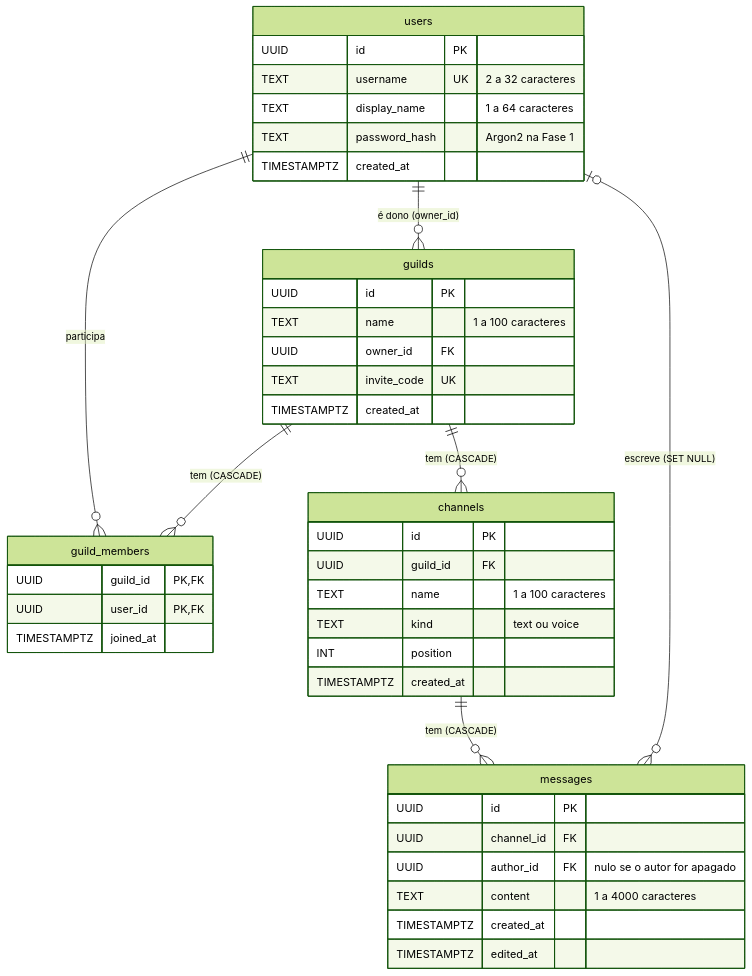
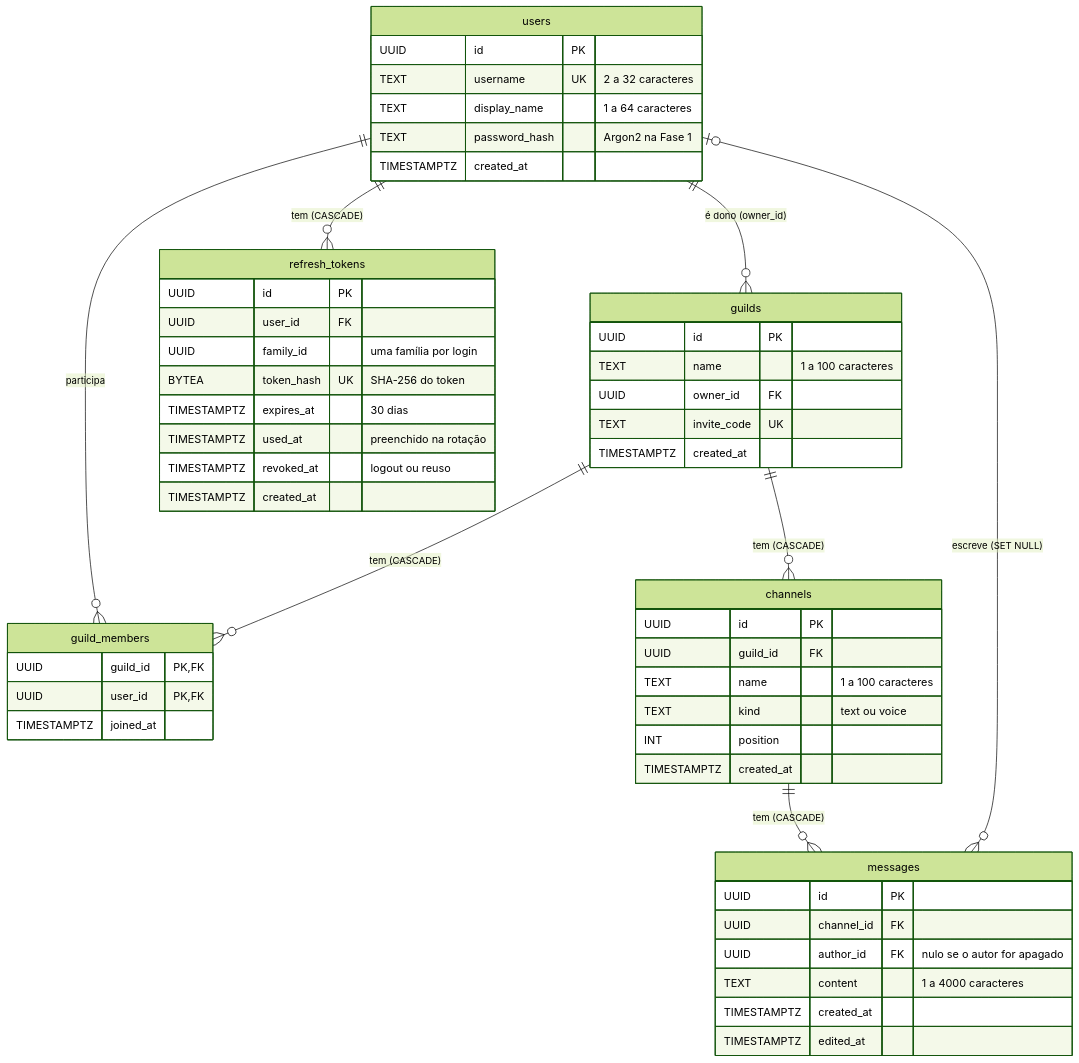
The diagram in docs/architecture/04-banco.md (ncfcj/call), drawn with Mermaid (forest theme) before and after one commit. The commit also changed other lines of this file and 29 other files, not shown here.

````diff
--- a/docs/architecture/04-banco.md
+++ b/docs/architecture/04-banco.md
@@ -8,45 +9,56 @@
 ```mermaid
 erDiagram
     users ||--o{ guilds : "é dono (owner_id)"
     users ||--o{ guild_members : participa
     guilds ||--o{ guild_members : "tem (CASCADE)"
     guilds ||--o{ channels : "tem (CASCADE)"
     channels ||--o{ messages : "tem (CASCADE)"
     users |o--o{ messages : "escreve (SET NULL)"
+    users ||--o{ refresh_tokens : "tem (CASCADE)"
 
     users {
         UUID id PK
         TEXT username UK "2 a 32 caracteres"
         TEXT display_name "1 a 64 caracteres"
         TEXT password_hash "Argon2 na Fase 1"
         TIMESTAMPTZ created_at
     }
     guilds {
         UUID id PK
         TEXT name "1 a 100 caracteres"
         UUID owner_id FK
         TEXT invite_code UK
         TIMESTAMPTZ created_at
     }
     guild_members {
         UUID guild_id PK,FK
         UUID user_id PK,FK
         TIMESTAMPTZ joined_at
     }
     channels {
         UUID id PK
         UUID guild_id FK
         TEXT name "1 a 100 caracteres"
         TEXT kind "text ou voice"
         INT position
         TIMESTAMPTZ created_at
     }
+    refresh_tokens {
+        UUID id PK
+        UUID user_id FK
+        UUID family_id "uma família por login"
+        BYTEA token_hash UK "SHA-256 do token"
+        TIMESTAMPTZ expires_at "30 dias"
+        TIMESTAMPTZ used_at "preenchido na rotação"
+        TIMESTAMPTZ revoked_at "logout ou reuso"
+        TIMESTAMPTZ created_at
+    }
     messages {
         UUID id PK
         UUID channel_id FK
         UUID author_id FK "nulo se o autor for apagado"
         TEXT content "1 a 4000 caracteres"
         TIMESTAMPTZ created_at
         TIMESTAMPTZ edited_at
     }
 ```
````
